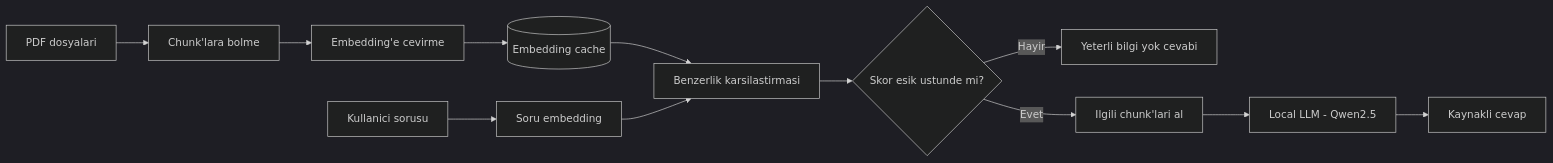
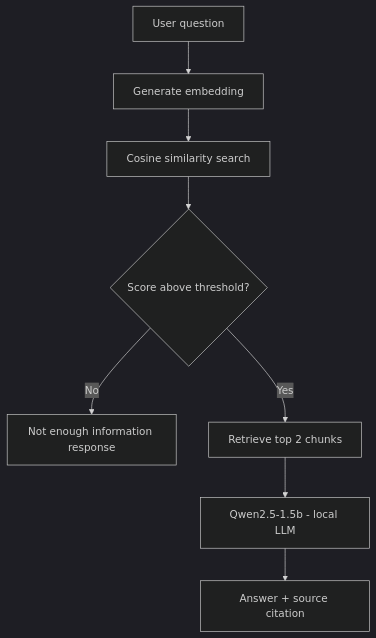
One commit to nurai-hub/local-rag-foundry changed the diagram in README.md. Above: the diagram before and after it, drawn with Mermaid (dark theme).

````diff
--- a/README.md
+++ b/README.md
@@ -15,14 +15,10 @@
 ```mermaid
-flowchart LR
-    A[PDF dosyalari] --> B[Chunk'lara bolme]
-    B --> C[Embedding'e cevirme]
-    C --> D[(Embedding cache)]
-    E[Kullanici sorusu] --> F[Soru embedding]
-    D --> G[Benzerlik karsilastirmasi]
-    F --> G
-    G --> H{Skor esik ustunde mi?}
-    H -->|Hayir| I[Yeterli bilgi yok cevabi]
-    H -->|Evet| J[Ilgili chunk'lari al]
-    J --> K[Local LLM - Qwen2.5]
-    K --> L[Kaynakli cevap]
+flowchart TD
+    A[User question] --> B[Generate embedding]
+    B --> C[Cosine similarity search]
+    C --> D{Score above threshold?}
+    D -->|No| E[Not enough information response]
+    D -->|Yes| F[Retrieve top 2 chunks]
+    F --> G[Qwen2.5-1.5b - local LLM]
+    G --> H[Answer + source citation]
 ```
````
